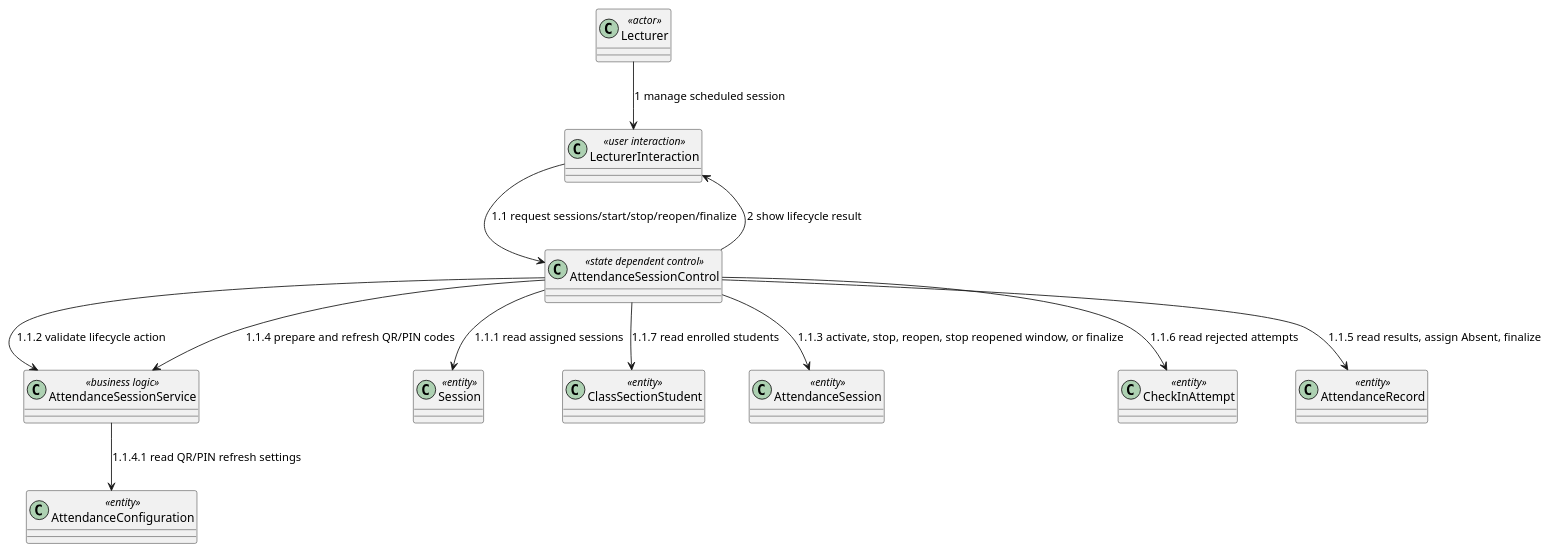
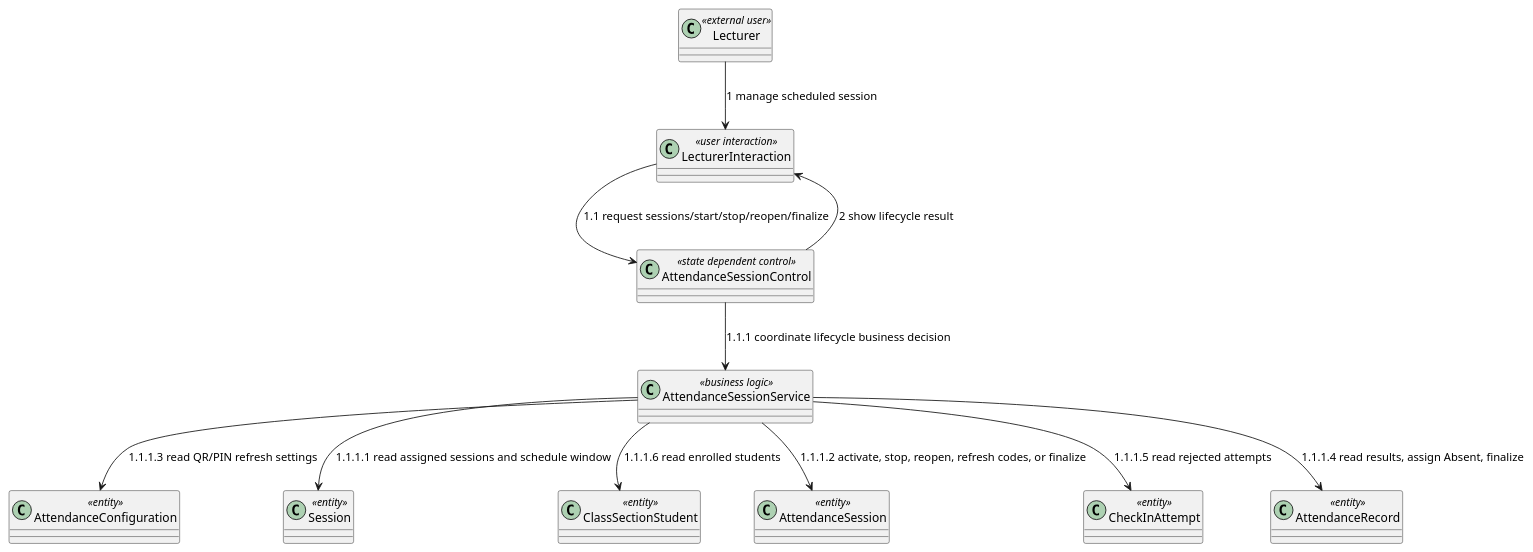
Before and after one commit to nttung42/SWD392: diagram 16 of 29 in docs/sds/2_Analysis.md, drawn with PlantUML. The commit also changed other lines of this file and 1 other file, not shown here.

````diff
--- a/docs/sds/2_Analysis.md
+++ b/docs/sds/2_Analysis.md
@@ -887,26 +927,25 @@
 ```plantuml
 @startuml
-class "Lecturer" as Lecturer <<actor>>
+class "Lecturer" as Lecturer <<external user>>
 class "LecturerInteraction" as LecturerUI <<user interaction>>
 class "AttendanceSessionControl" as SessionControl <<state dependent control>>
 class "AttendanceSessionService" as SessionRules <<business logic>>
 class "AttendanceConfiguration" as AttendanceConfig <<entity>>
 class "Session" as Session <<entity>>
 class "ClassSectionStudent" as ClassSectionStudent <<entity>>
 class "AttendanceSession" as AttendanceSession <<entity>>
 class "CheckInAttempt" as CheckInAttempt <<entity>>
 class "AttendanceRecord" as AttendanceRecord <<entity>>
 
 Lecturer --> LecturerUI : 1 manage scheduled session
 LecturerUI --> SessionControl : 1.1 request sessions/start/stop/reopen/finalize
-SessionControl --> Session : 1.1.1 read assigned sessions
-SessionControl --> SessionRules : 1.1.2 validate lifecycle action
-SessionControl --> AttendanceSession : 1.1.3 activate, stop, reopen, stop reopened window, or finalize
-SessionControl --> SessionRules : 1.1.4 prepare and refresh QR/PIN codes
-SessionRules --> AttendanceConfig : 1.1.4.1 read QR/PIN refresh settings
-SessionControl --> AttendanceRecord : 1.1.5 read results, assign Absent, finalize
-SessionControl --> CheckInAttempt : 1.1.6 read rejected attempts
-SessionControl --> ClassSectionStudent : 1.1.7 read enrolled students
+SessionControl --> SessionRules : 1.1.1 coordinate lifecycle business decision
+SessionRules --> Session : 1.1.1.1 read assigned sessions and schedule window
+SessionRules --> AttendanceSession : 1.1.1.2 activate, stop, reopen, refresh codes, or finalize
+SessionRules --> AttendanceConfig : 1.1.1.3 read QR/PIN refresh settings
+SessionRules --> AttendanceRecord : 1.1.1.4 read results, assign Absent, finalize
+SessionRules --> CheckInAttempt : 1.1.1.5 read rejected attempts
+SessionRules --> ClassSectionStudent : 1.1.1.6 read enrolled students
 SessionControl --> LecturerUI : 2 show lifecycle result
 @enduml
 ```
````
